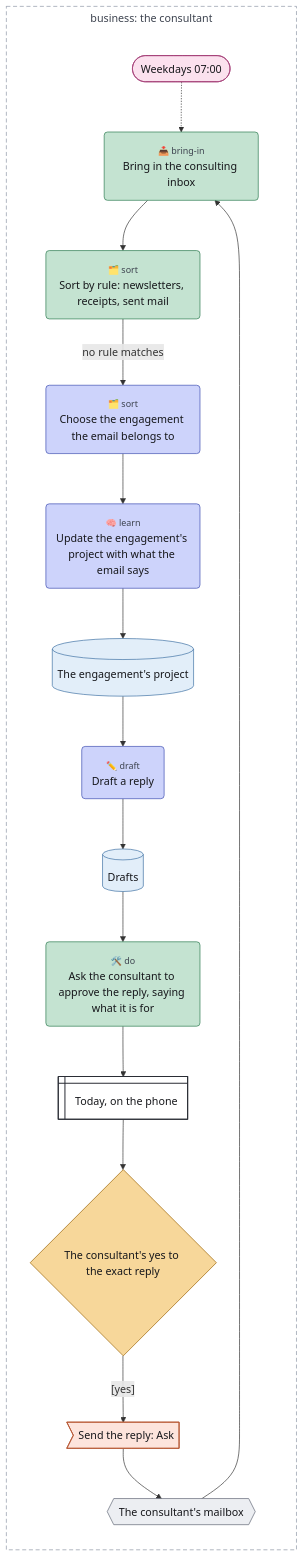
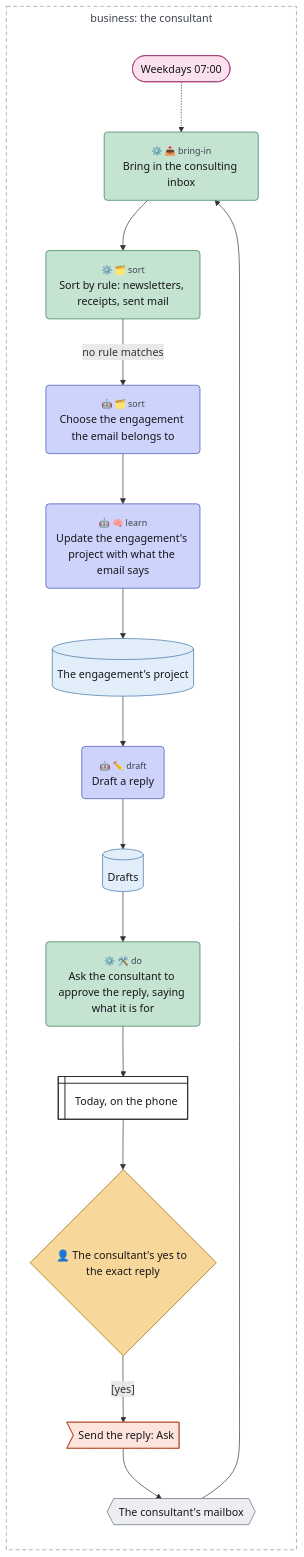
One commit to chrismdp/awml changed the diagram in examples/client-email.mmd. Above: the diagram before and after it, drawn with Mermaid. The commit also changed 21 other files, not shown here.

```diff
--- a/examples/client-email.mmd
+++ b/examples/client-email.mmd
@@ -1,59 +1,59 @@
 ---
 config:
   theme: default
   flowchart:
     useMaxWidth: false
     subGraphTitleMargin:
       top: 6
       bottom: 30
 ---
 flowchart TB
   subgraph business["business: the consultant"]
     direction TB
     weekdays(["Weekdays 07:00"])
     mailbox{{"The consultant's mailbox"}}
-    bring("<small style='color:#3d434f'>📥 bring-in</small><br>Bring in the consulting inbox")
-    rules("<small style='color:#3d434f'>🗂️ sort</small><br>Sort by rule: newsletters, receipts, sent mail")
-    choose("<small style='color:#3d434f'>🗂️ sort</small><br>Choose the engagement the email belongs to")
-    learn("<small style='color:#3d434f'>🧠 learn</small><br>Update the engagement's project with what the email says")
+    bring("<small style='color:#3d434f'>⚙️ 📥 bring-in</small><br>Bring in the consulting inbox")
+    rules("<small style='color:#3d434f'>⚙️ 🗂️ sort</small><br>Sort by rule: newsletters, receipts, sent mail")
+    choose("<small style='color:#3d434f'>🤖 🗂️ sort</small><br>Choose the engagement the email belongs to")
+    learn("<small style='color:#3d434f'>🤖 🧠 learn</small><br>Update the engagement's project with what the email says")
     project[("The engagement's project")]
-    draft("<small style='color:#3d434f'>✏️ draft</small><br>Draft a reply")
+    draft("<small style='color:#3d434f'>🤖 ✏️ draft</small><br>Draft a reply")
     drafts[("Drafts")]
-    ask("<small style='color:#3d434f'>🛠️ do</small><br>Ask the consultant to approve the reply, saying what it is for")
+    ask("<small style='color:#3d434f'>⚙️ 🛠️ do</small><br>Ask the consultant to approve the reply, saying what it is for")
     today@{ shape: win-pane, label: "Today, on the phone" }
-    approve{"The consultant's yes to the exact reply"}
+    approve{"👤 The consultant's yes to the exact reply"}
     send>"Send the reply: Ask"]
   end
 
   weekdays -.-> bring
   mailbox --> bring
   bring --> rules
   rules -->|"no rule matches"| choose
   choose --> learn
   learn --> project
   project --> draft
   draft --> drafts
   drafts --> ask
   ask --> today
   today --> approve
   approve -->|"[yes]"| send
   send --> mailbox
   classDef trig fill:#fbe1ee,stroke:#a33a74,color:#16171b
   classDef ctx fill:#e2eef9,stroke:#3d6fa3,color:#16171b
   classDef con fill:#eceef2,stroke:#5d6472,color:#16171b
   classDef surf fill:#ffffff,stroke:#2a2d35,stroke-width:1.5px,color:#16171b
   classDef out fill:#fde4dc,stroke:#b5532f,color:#16171b
   classDef ai fill:#cdd3fb,stroke:#3b4bb0,color:#16171b
   classDef rule fill:#c4e3d1,stroke:#2b7a4f,color:#16171b
   classDef human fill:#f7d79a,stroke:#9a6100,color:#16171b
   classDef uml fill:#16171b,stroke:#16171b,color:#16171b
   classDef gap fill:#ffffff,stroke:#8a93a3,stroke-dasharray:4 3,color:#6b7280
   class weekdays trig
   class project,drafts ctx
   class mailbox con
   class today surf
   class send out
   class choose,learn,draft ai
   class bring,rules,ask rule
   class approve human
   style business fill:transparent,stroke:#8a93a3,stroke-dasharray:6 4,color:#3d434f
```
